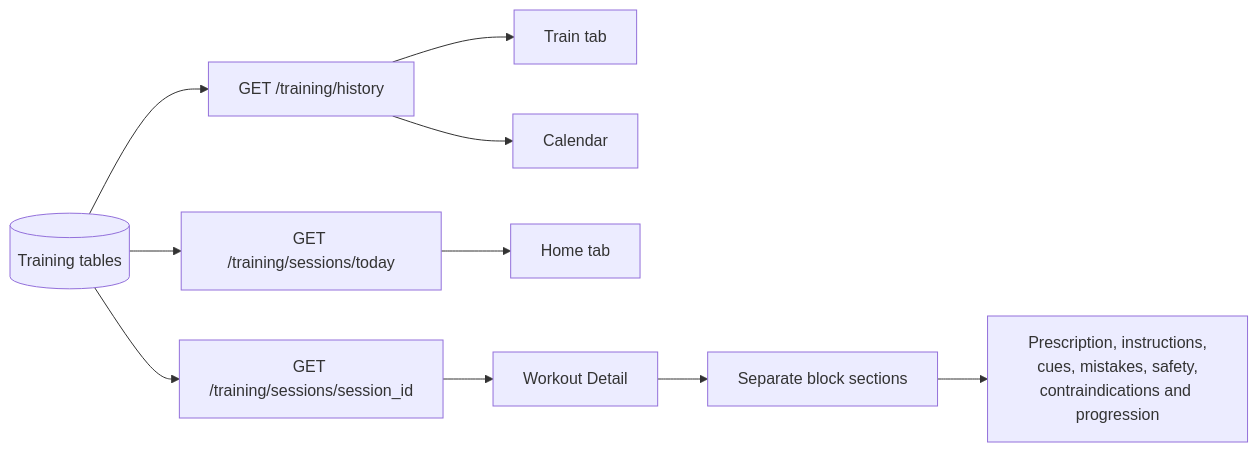
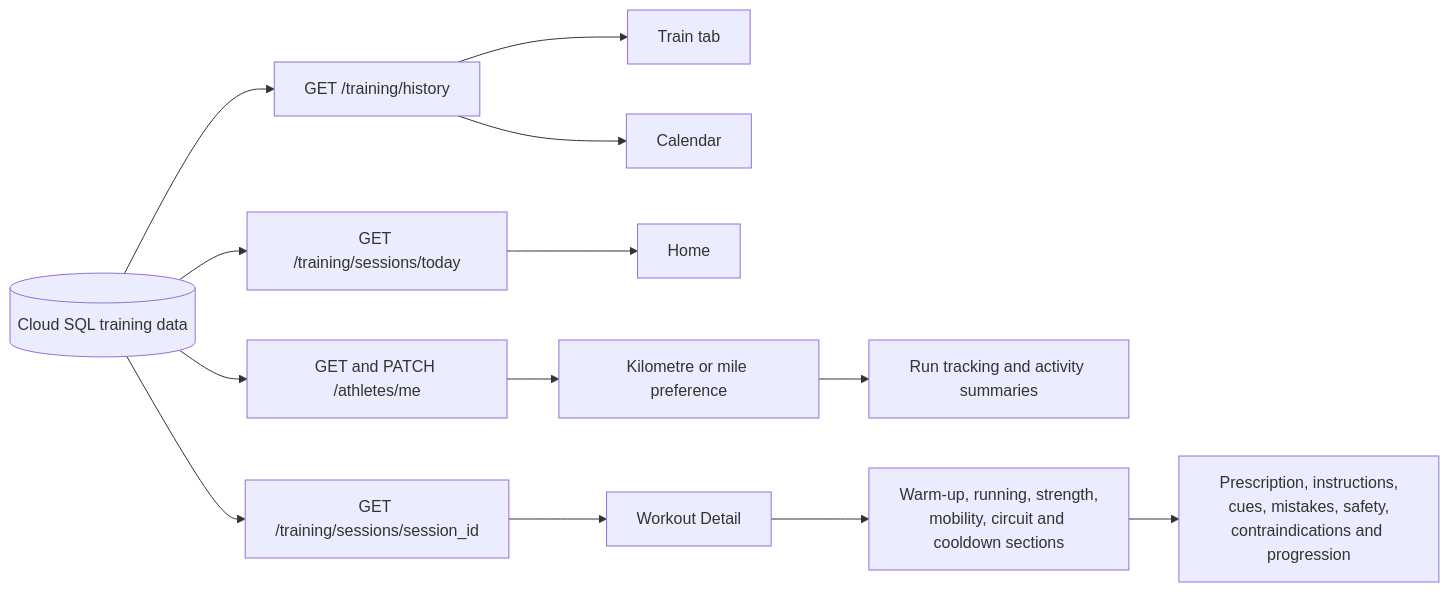
Before and after one commit to vamshikrishnabrungi/Fitness-App: the seventh of 7 diagrams in docs/training-generation-architecture.md, drawn with Mermaid. The commit also changed other lines of this file, not shown here.

Commit message:
Document running-only architecture

````diff
--- a/docs/training-generation-architecture.md
+++ b/docs/training-generation-architecture.md
@@ -191,14 +177,15 @@
 ```mermaid
 flowchart LR
-    DB[(Training tables)] --> HIST[GET /training/history]
+    DB[(Cloud SQL training data)] --> HISTORY[GET /training/history]
     DB --> TODAY[GET /training/sessions/today]
     DB --> DETAIL[GET /training/sessions/session_id]
-
-    HIST --> TRAIN[Train tab]
-    HIST --> CAL[Calendar]
-    TODAY --> HOME[Home tab]
+    DB --> PROFILE[GET and PATCH /athletes/me]
+    HISTORY --> TRAIN[Train tab]
+    HISTORY --> CALENDAR[Calendar]
+    TODAY --> HOME[Home]
     DETAIL --> WORKOUT[Workout Detail]
-
-    WORKOUT --> SECTIONS[Separate block sections]
-    SECTIONS --> INFO[Prescription, instructions,<br/>cues, mistakes, safety,<br/>contraindications and progression]
+    PROFILE --> UNITS[Kilometre or mile preference]
+    UNITS --> RUN[Run tracking and activity summaries]
+    WORKOUT --> BLOCKS[Warm-up, running, strength,<br/>mobility, circuit and cooldown sections]
+    BLOCKS --> DETAILS[Prescription, instructions,<br/>cues, mistakes, safety,<br/>contraindications and progression]
 ```
````
